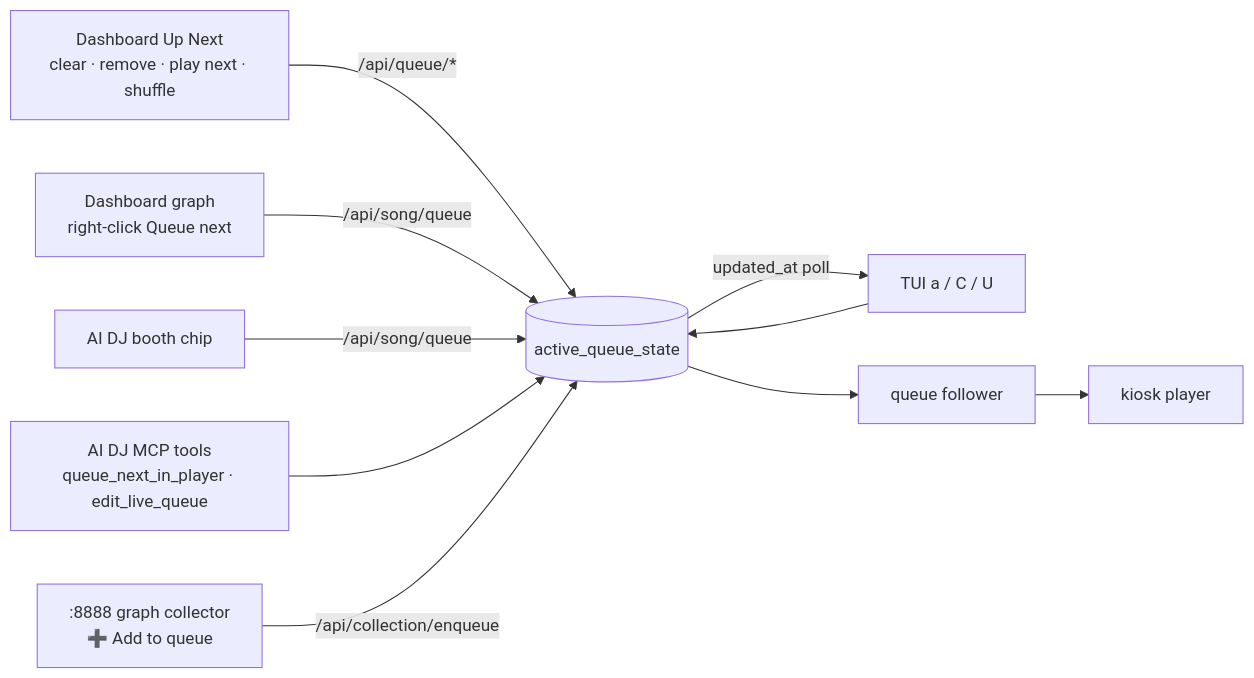
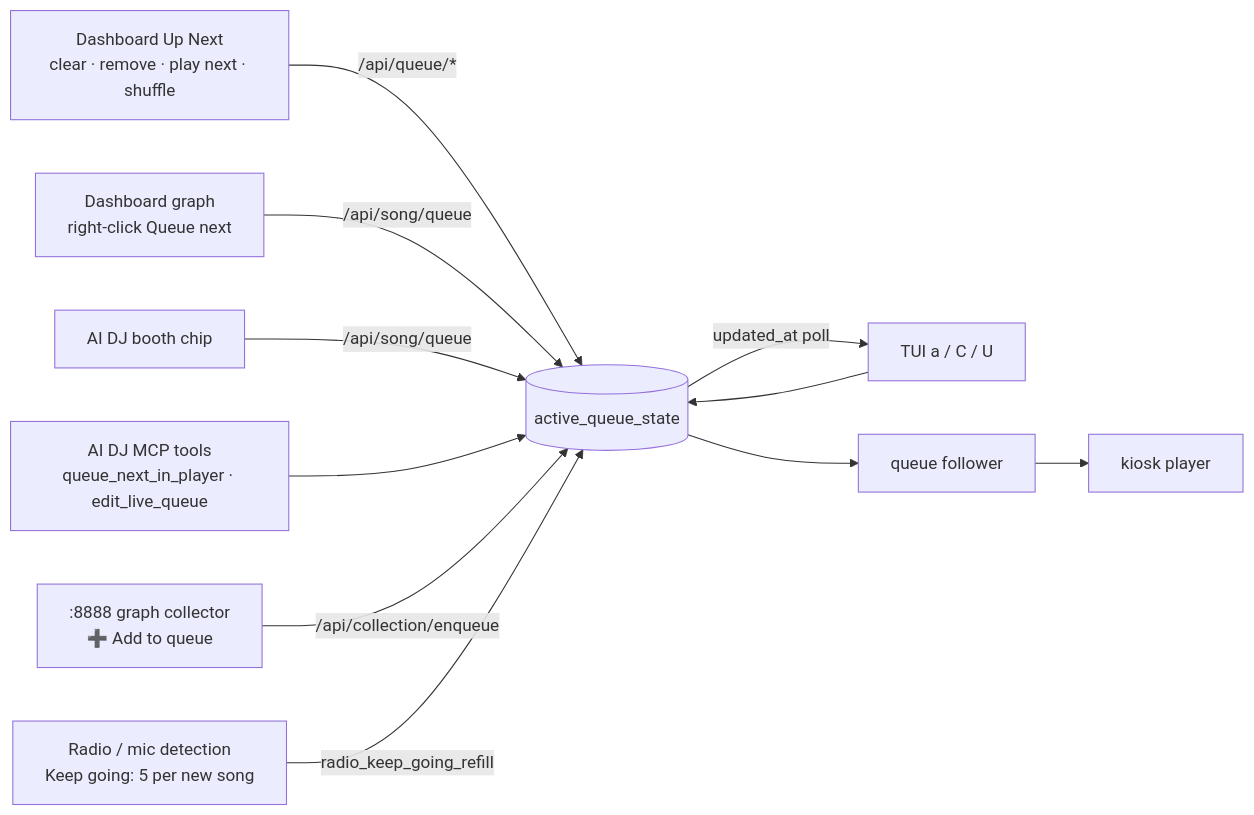
Before and after one commit to violetina/karaoke: diagram 11 of 11 in docs/flows.md, drawn with Mermaid. The commit also changed other lines of this file and 6 other files, not shown here.

First line of the commit message:
docs: one live queue + radio Keep Going (5 per new song, 25 max, rotate oldest 5)

````diff
--- a/docs/flows.md
+++ b/docs/flows.md
@@ -421,11 +421,12 @@
 ```mermaid
 flowchart LR
     D[Dashboard Up Next<br/>clear · remove · play next · shuffle] -->|/api/queue/*| Q[(active_queue_state)]
     G[Dashboard graph<br/>right-click Queue next] -->|/api/song/queue| Q
     B[AI DJ booth chip] -->|/api/song/queue| Q
     M[AI DJ MCP tools<br/>queue_next_in_player · edit_live_queue] --> Q
     C[:8888 graph collector<br/>➕ Add to queue] -->|/api/collection/enqueue| Q
     T[TUI a / C / U] --> Q
+    R[Radio / mic detection<br/>Keep going: 5 per new song] -->|radio_keep_going_refill| Q
     Q --> F[queue follower] --> K[kiosk player]
     Q -->|updated_at poll| T
 ```
````
